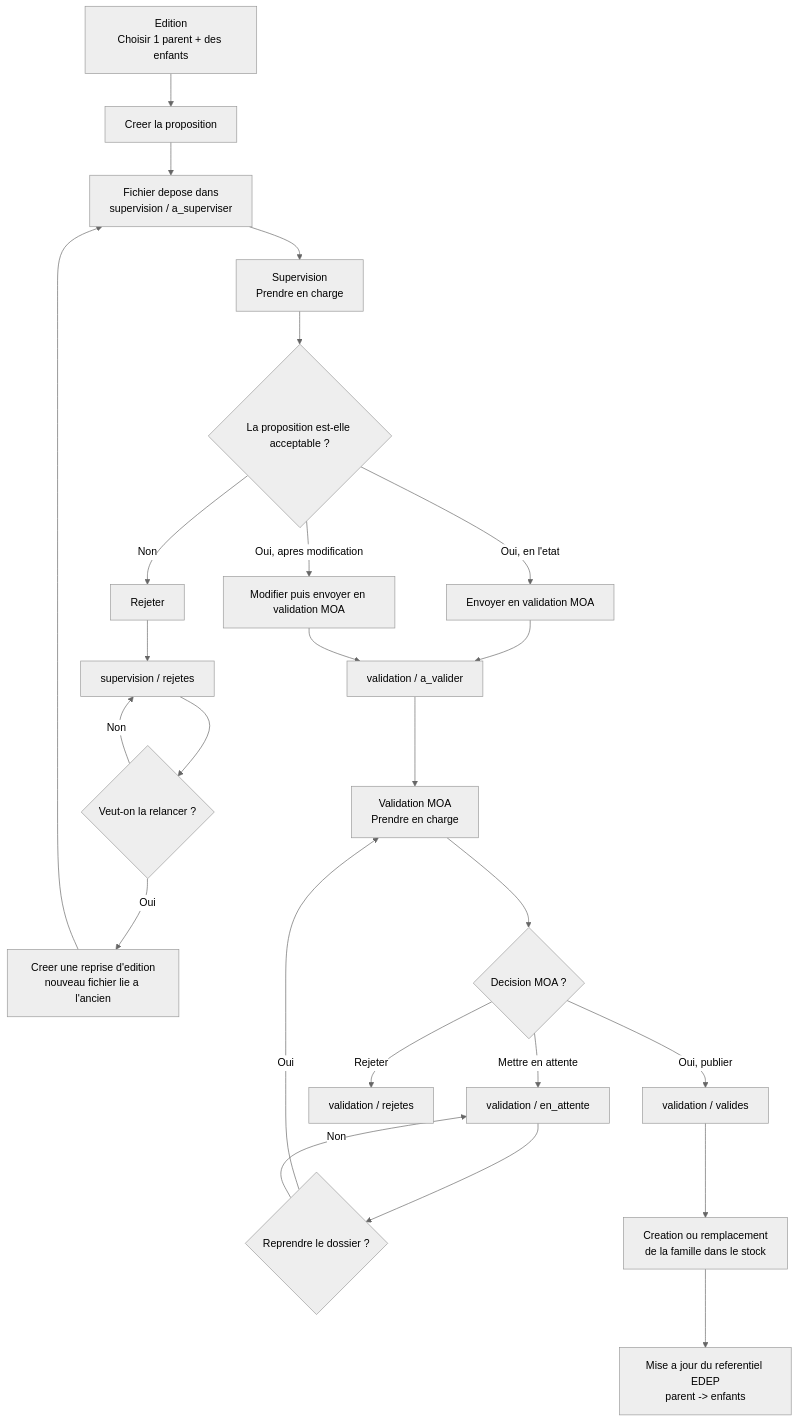
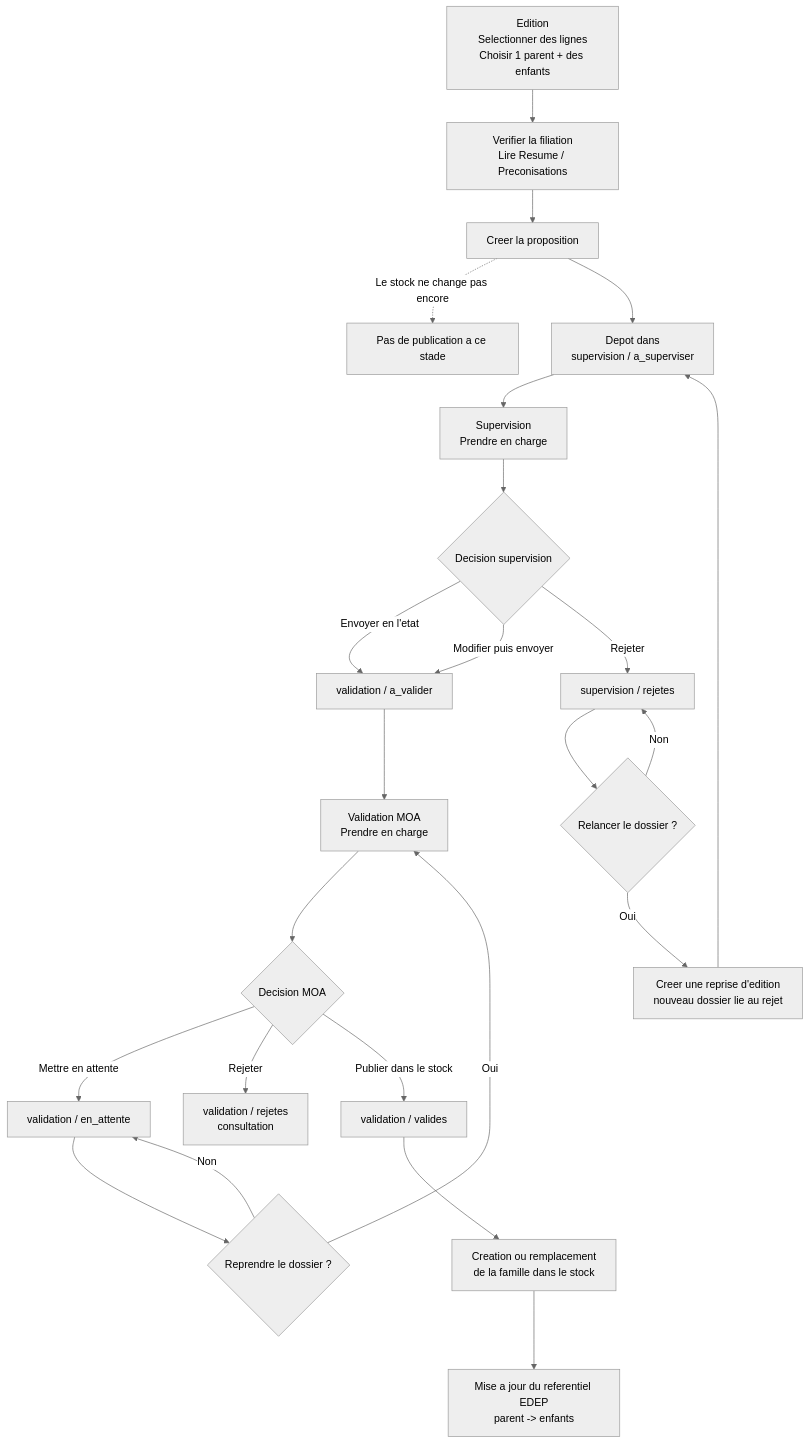
One commit to rwinsee/OGRE changed the diagram in LOGIGRAMME_WORKFLOW_EDITION_VALIDATION.md. Above: the diagram before and after it, drawn with Mermaid (neutral theme). The commit also changed other lines of this file and 6 other files, not shown here.

````diff
--- a/LOGIGRAMME_WORKFLOW_EDITION_VALIDATION.md
+++ b/LOGIGRAMME_WORKFLOW_EDITION_VALIDATION.md
@@ -3,35 +9,33 @@
 ```mermaid
 flowchart TD
-    A["Edition<br/>Choisir 1 parent + des enfants"] --> B["Creer la proposition"]
-    B --> C["Fichier depose dans<br/>supervision / a_superviser"]
+    A["Edition<br/>Selectionner des lignes<br/>Choisir 1 parent + des enfants"] --> B["Verifier la filiation<br/>Lire Resume / Preconisations"]
+    B --> C["Creer la proposition"]
+    C -. "Le stock ne change pas encore" .-> C1["Pas de publication a ce stade"]
+    C --> D["Depot dans<br/>supervision / a_superviser"]
 
-    C --> D["Supervision<br/>Prendre en charge"]
-    D --> E{"La proposition est-elle acceptable ?"}
+    D --> E["Supervision<br/>Prendre en charge"]
+    E --> F{"Decision supervision"}
 
-    E -- "Non" --> F["Rejeter"]
-    F --> G["supervision / rejetes"]
-    G --> H{"Veut-on la relancer ?"}
-    H -- "Oui" --> I["Creer une reprise d'edition<br/>nouveau fichier lie a l'ancien"]
-    I --> C
-    H -- "Non" --> G
+    F -- "Envoyer en l'etat" --> G["validation / a_valider"]
+    F -- "Modifier puis envoyer" --> G
+    F -- "Rejeter" --> H["supervision / rejetes"]
 
-    E -- "Oui, en l'etat" --> J["Envoyer en validation MOA"]
-    E -- "Oui, apres modification" --> K["Modifier puis envoyer en validation MOA"]
+    H --> I{"Relancer le dossier ?"}
+    I -- "Oui" --> J["Creer une reprise d'edition<br/>nouveau dossier lie au rejet"]
+    J --> D
+    I -- "Non" --> H
 
-    J --> L["validation / a_valider"]
-    K --> L
+    G --> K["Validation MOA<br/>Prendre en charge"]
+    K --> L{"Decision MOA"}
 
-    L --> M["Validation MOA<br/>Prendre en charge"]
-    M --> N{"Decision MOA ?"}
+    L -- "Mettre en attente" --> M["validation / en_attente"]
+    M --> N{"Reprendre le dossier ?"}
+    N -- "Oui" --> K
+    N -- "Non" --> M
 
-    N -- "Mettre en attente" --> O["validation / en_attente"]
-    O --> P{"Reprendre le dossier ?"}
-    P -- "Oui" --> M
-    P -- "Non" --> O
+    L -- "Rejeter" --> O["validation / rejetes<br/>consultation"]
 
-    N -- "Rejeter" --> Q["validation / rejetes"]
-
-    N -- "Oui, publier" --> R["validation / valides"]
-    R --> S["Creation ou remplacement<br/>de la famille dans le stock"]
-    S --> T["Mise a jour du referentiel EDEP<br/>parent -> enfants"]
+    L -- "Publier dans le stock" --> P["validation / valides"]
+    P --> Q["Creation ou remplacement<br/>de la famille dans le stock"]
+    Q --> R["Mise a jour du referentiel EDEP<br/>parent -> enfants"]
 ```
````
